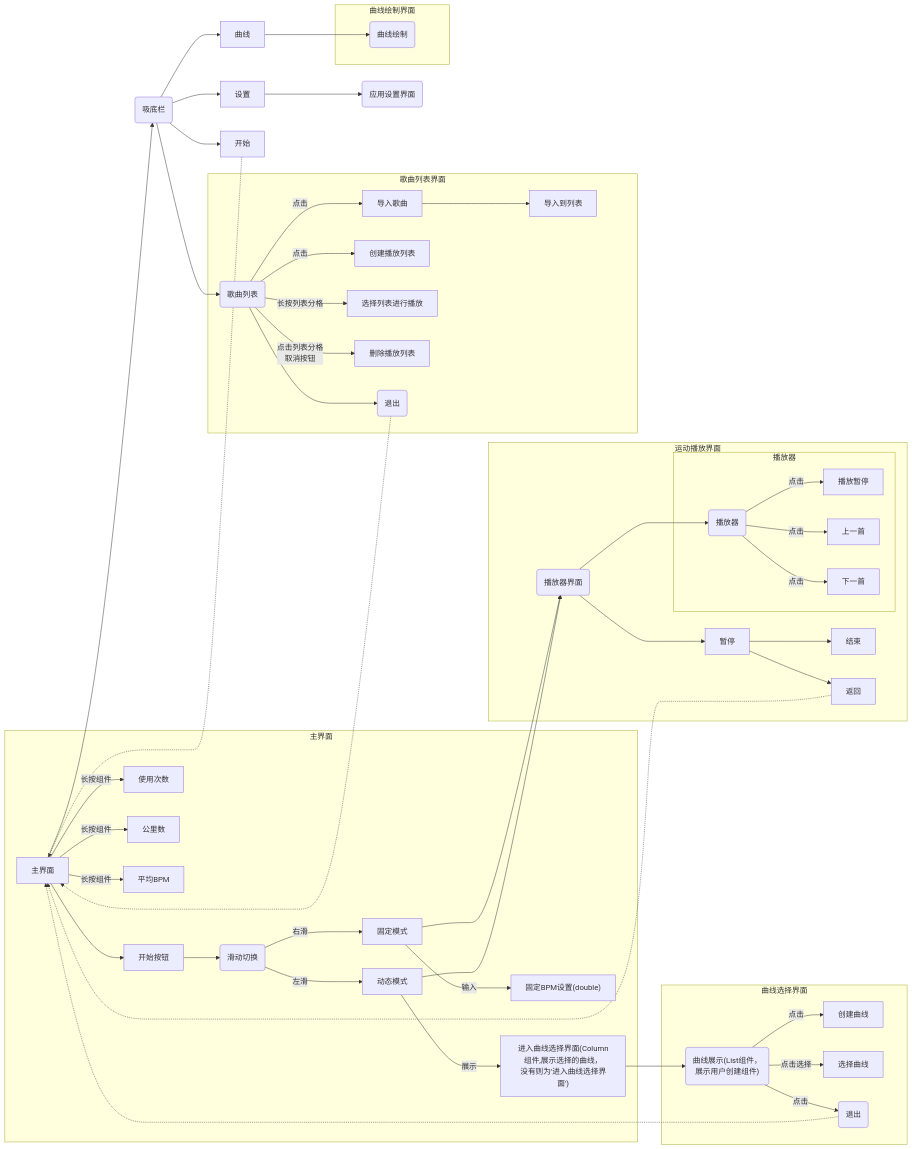
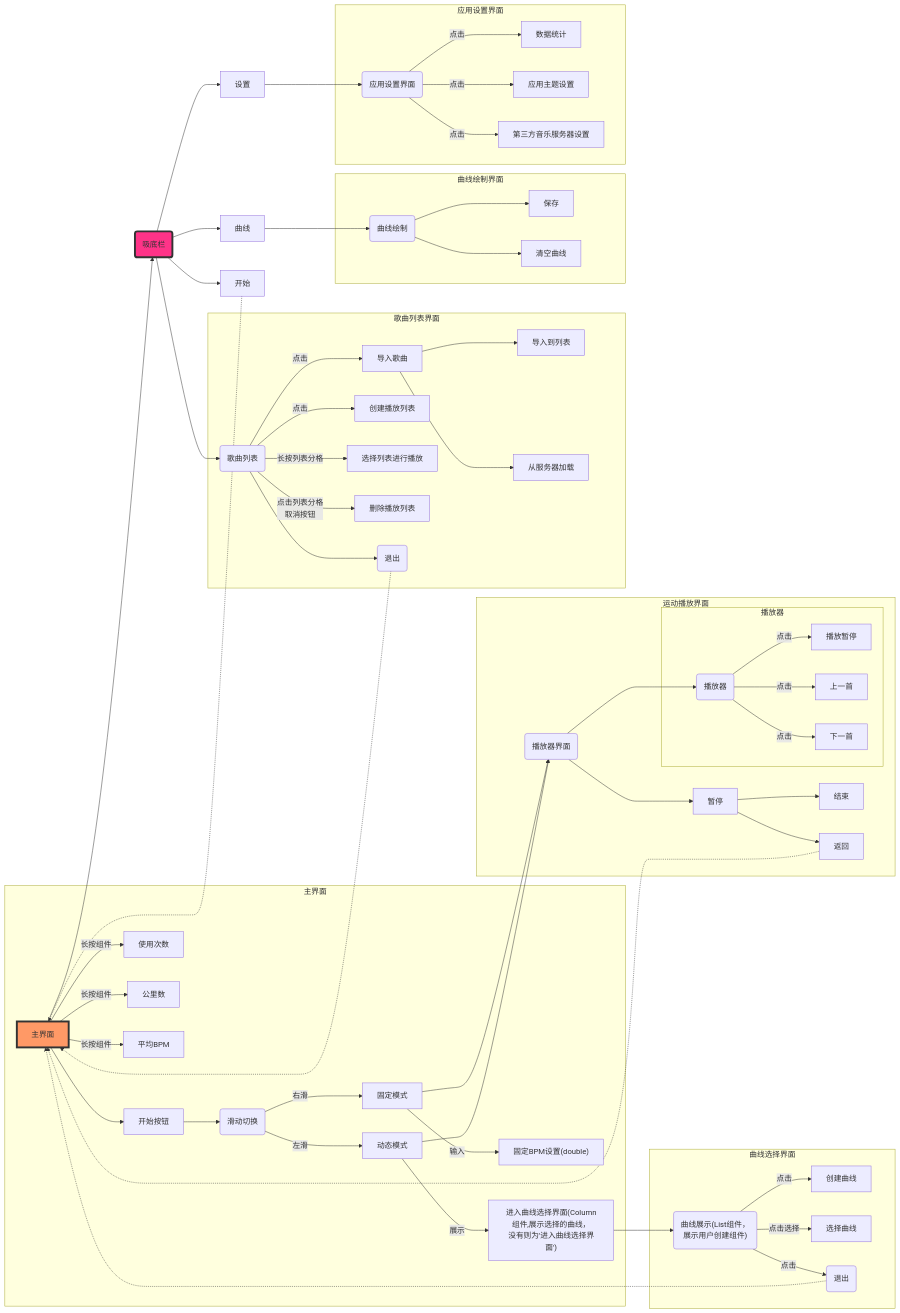
Before and after one commit to ZX-RAY1124/Beat-Per-Mile: the diagram in entry/src/main/resources/base/media/mermaid_discription.md, drawn with Mermaid. The commit also changed other lines of this file, not shown here.

Commit message:
Add chart

````diff
--- a/entry/src/main/resources/base/media/mermaid_discription.md
+++ b/entry/src/main/resources/base/media/mermaid_discription.md
@@ -5,7 +7,7 @@
 flowchart LR
     
     subgraph 主界面
-        A[主界面]
+        A["<div style='text-align:center;'>主界面</div>"]
         B[开始按钮]
         BPM_SET["固定BPM设置(double)"]
         LINER_SET["进入曲线选择界面(Column组件,展示选择的曲线，<br>没有则为'进入曲线选择界面')"]
@@ -22,6 +24,9 @@
         H --> |左滑|D[动态模式]
         C -->|输入| BPM_SET
         D --> |展示|LINER_SET
+        
+        style A fill:#f96,stroke:#333,stroke-width:4px
+        style E fill:#f38,stroke:#333,stroke-width:4px
     end
     A --> E(吸底栏)
     subgraph 运动播放界面
@@ -60,6 +65,7 @@
     
     subgraph 歌曲列表界面
         SONG_LIST(歌曲列表) -->|点击| 导入歌曲 --> 导入到列表
+        导入歌曲 --> 从服务器加载
         SONG_LIST --> |点击| 创建播放列表
         SONG_LIST -->|长按列表分格|选择列表进行播放
         SONG_LIST -->|点击列表分格<br>取消按钮| 删除播放列表
@@ -70,12 +76,26 @@
     
     subgraph 曲线绘制界面
         LINER_MAKER(曲线绘制)
+        LINER_SAVE[保存]
+        LINER_CLEAR[清空曲线]
+        LINER_MAKER --> LINER_SAVE
+        LINER_MAKER --> LINER_CLEAR
+    end
+    
+    subgraph 应用设置界面 
+        setting_data_collect[数据统计]
+        setting_adder[应用主题设置]
+        setting_music_server[第三方音乐服务器设置]
+        
+        Setting_page -->|点击| setting_data_collect
+        Setting_page -->|点击| setting_adder
+        Setting_page -->|点击| setting_music_server
+        
     end
     
     E --> Start[开始] -.-> A; E --> SONG_LIST; E --> liner[曲线] ;E -->setting[设置]
     liner --> LINER_MAKER
-    setting --> Setting_page(应用设置界面)
-
+    setting --> Setting_page("应用设置界面")
 
 
 ```
````
